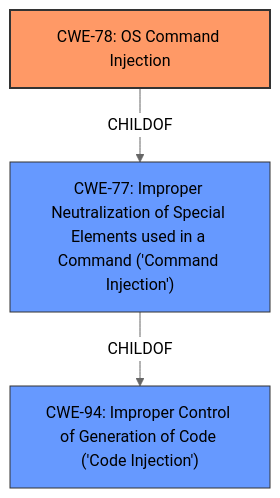
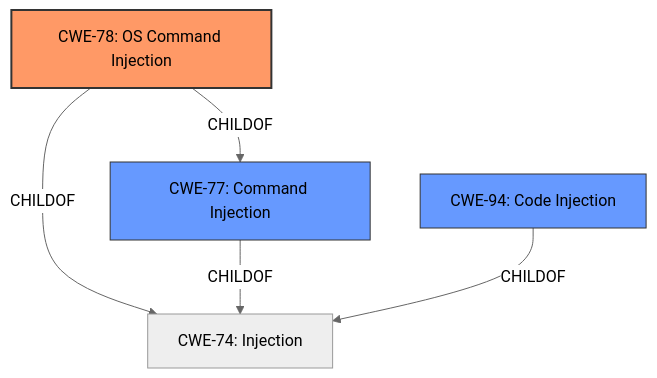
Before and after one commit to CyberSecAI/cwe_agent_assign_reports_2025: the diagram in CVE-2024-10035/CVE-2024-10035_analysis.md, drawn with Mermaid (neutral theme). The commit also changed other lines of this file and 190653 other files, not shown here.

````diff
--- a/CVE-2024-10035/CVE-2024-10035_analysis.md
+++ b/CVE-2024-10035/CVE-2024-10035_analysis.md
@@ -19,12 +18,18 @@
 ```mermaid
 graph TD
     cwe78["CWE-78: OS Command Injection"]
-    cwe77["CWE-77: Improper Neutralization of Special Elements used in a Command ('Command Injection')"]
-    cwe94["CWE-94: Improper Control of Generation of Code ('Code Injection')"]
-    cwe78 -- CHILDOF --> cwe77
-    cwe77 -- CHILDOF --> cwe94
+    cwe77["CWE-77: Command Injection"]
+    cwe74["CWE-74: Injection"]
+    cwe94["CWE-94: Code Injection"]
+    
+    cwe78 -->|CHILDOF| cwe77
+    cwe78 -->|CHILDOF| cwe74
+    cwe77 -->|CHILDOF| cwe74
+    cwe94 -->|CHILDOF| cwe74
+    
     classDef primary fill:#f96,stroke:#333,stroke-width:2px
     classDef secondary fill:#69f,stroke:#333
+    classDef tertiary fill:#9e9,stroke:#333
     class cwe78 primary
     class cwe77,cwe94 secondary
 ```
````
